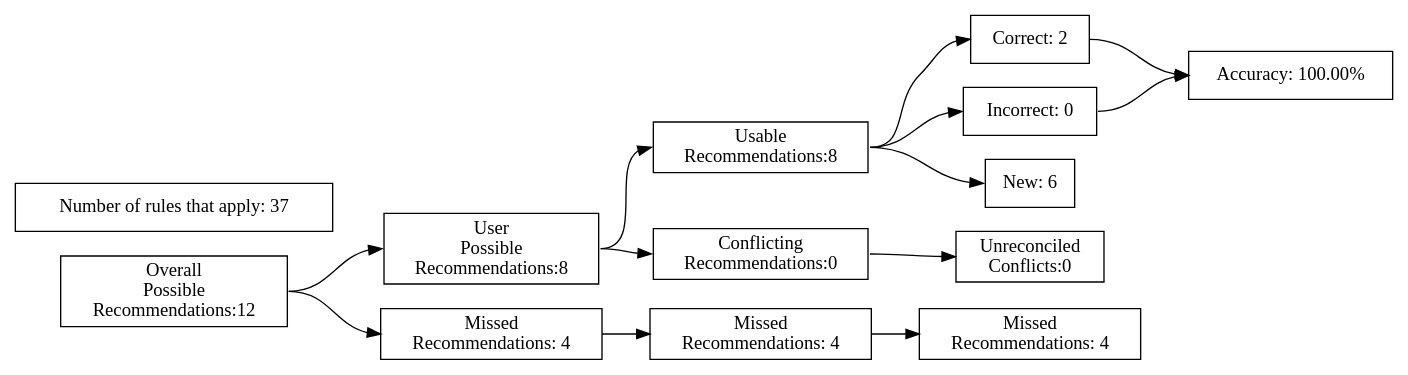
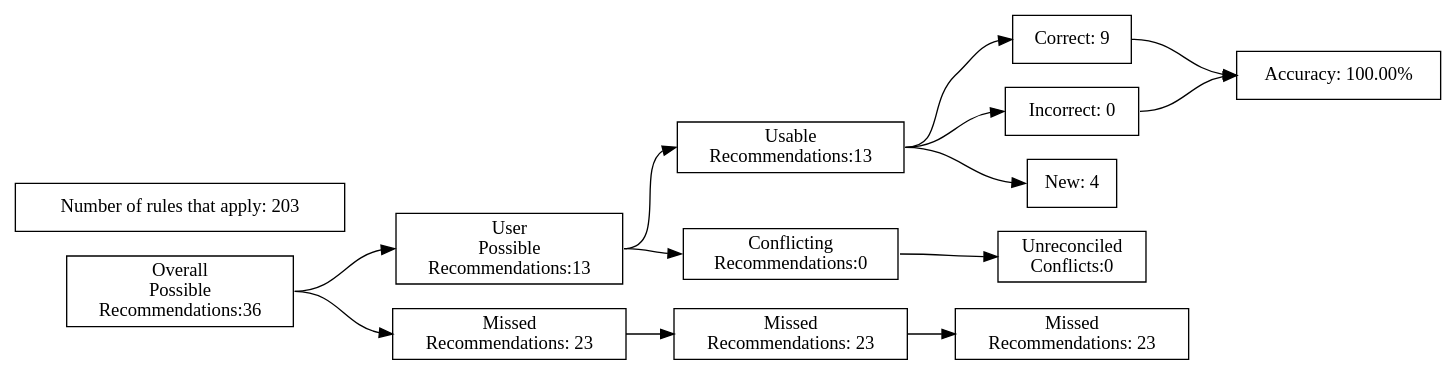
Before and after one commit to ZaxR/ibd_diet_analysis: the diagram in test_renders/20.gv, drawn with Graphviz. The commit also changed 229 other files, not shown here.

```diff
--- a/test_renders/20.gv
+++ b/test_renders/20.gv
@@ -1,40 +1,40 @@
 digraph {
 	graph [rankdir=LR]
 	node [pos=r shape=box]
 	edge [headport=w tailport=e]
 		A [label="Overall
 Possible
-Recommendations:12"]
+Recommendations:36"]
 		B [label="User
 Possible
-Recommendations:8"]
+Recommendations:13"]
 		C [label="Missed
-Recommendations: 4"]
+Recommendations: 23"]
 		D [label="Usable
-Recommendations:8"]
+Recommendations:13"]
 		E [label="Conflicting
 Recommendations:0"]
 		J [label="Missed
-Recommendations: 4"]
+Recommendations: 23"]
 		M [label="Unreconciled
 Conflicts:0"]
-		F [label="Correct: 2"]
+		F [label="Correct: 9"]
 		G [label="Incorrect: 0"]
-		H [label="New: 6"]
+		H [label="New: 4"]
 		K [label="Missed
-Recommendations: 4"]
+Recommendations: 23"]
 		I [label="Accuracy: 100.00%"]
-		l [label="Number of rules that apply: 37"]
+		l [label="Number of rules that apply: 203"]
 			A -> B
 			A -> C
 			B -> D
 			B -> E
 			D -> F
 			D -> G
 			D -> H
 			F -> I
 			G -> I
 			C -> J
 			J -> K
 			E -> M
 }
```
